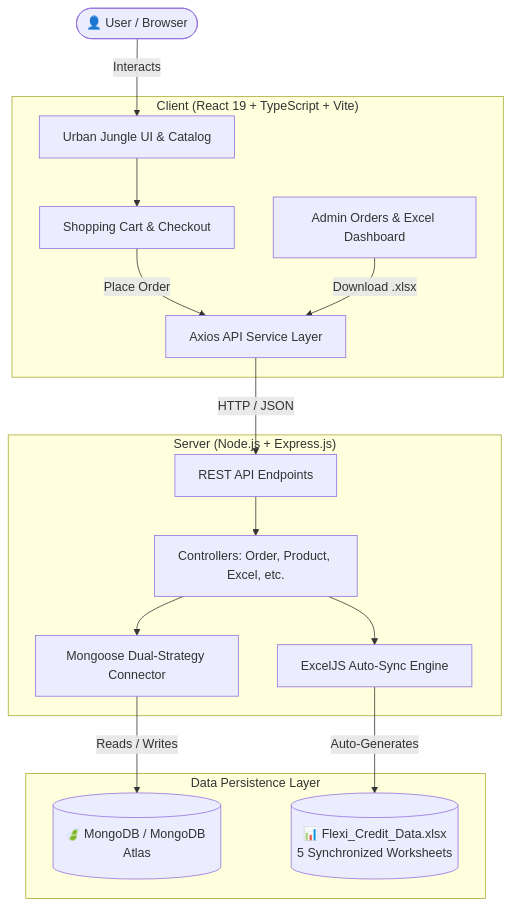
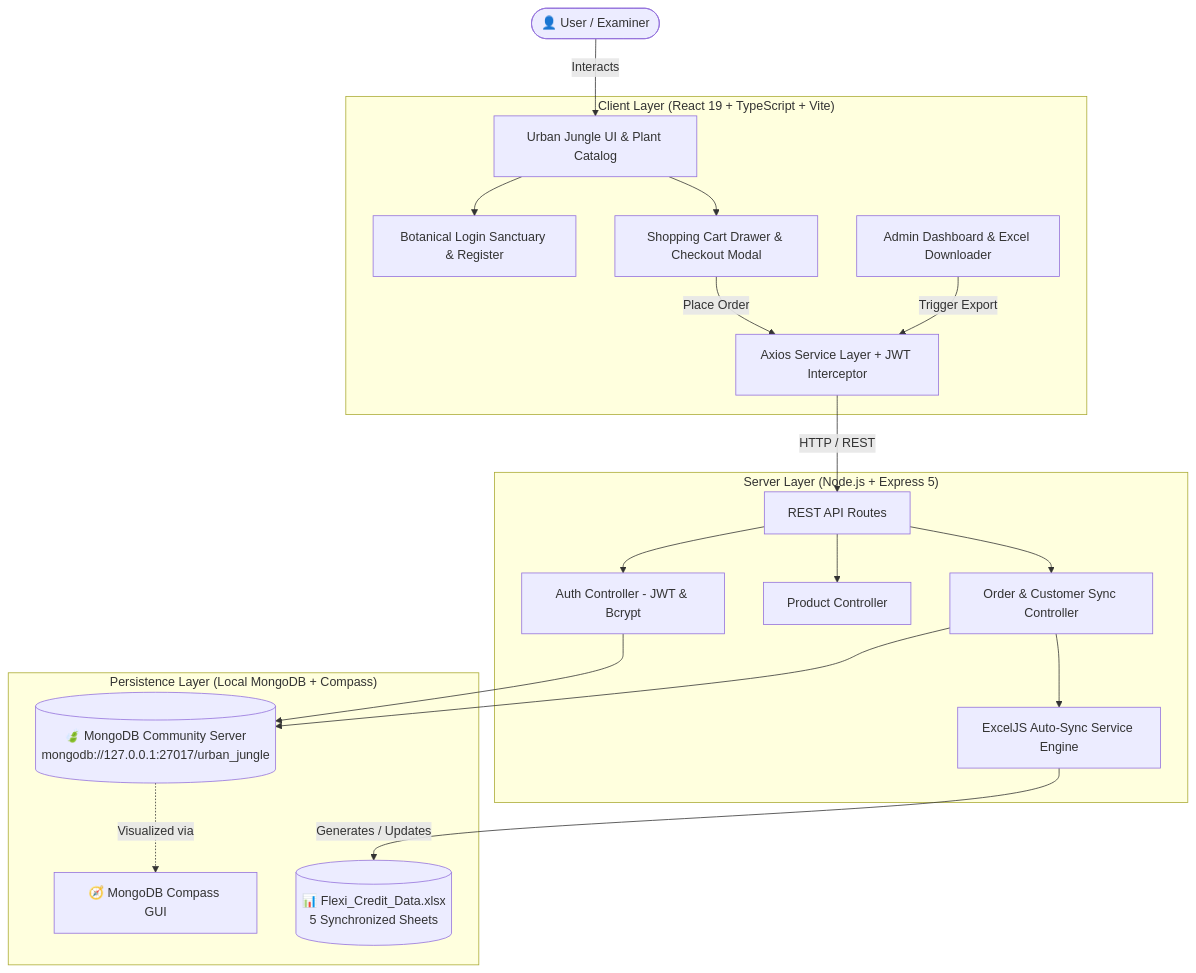
The diagram in README.md (Sameerkaradbhajne/25070521291-CA-03), drawn with Mermaid before and after one commit. The commit also changed other lines of this file and 7 other files, not shown here.

Commit message:
feat(backend): complete local MongoDB integration, customer sync, and submission documentation

````diff
--- a/README.md
+++ b/README.md
@@ -36,34 +80,41 @@
 ```mermaid
 graph TD
-    User([👤 User / Browser])
+    User([👤 User / Examiner])
     
-    subgraph Client ["Client (React 19 + TypeScript + Vite)"]
-        UI[Urban Jungle UI & Catalog]
-        Cart[Shopping Cart & Checkout]
-        AdminUI[Admin Orders & Excel Dashboard]
-        APIService[Axios API Service Layer]
+    subgraph Client ["Client Layer (React 19 + TypeScript + Vite)"]
+        UI[Urban Jungle UI & Plant Catalog]
+        AuthUI[Botanical Login Sanctuary & Register]
+        Cart[Shopping Cart Drawer & Checkout Modal]
+        AdminUI[Admin Dashboard & Excel Downloader]
+        APIService[Axios Service Layer + JWT Interceptor]
     end
 
-    subgraph Server ["Server (Node.js + Express.js)"]
-        Router[REST API Endpoints]
-        Controllers[Controllers: Order, Product, Excel, etc.]
-        ExcelEngine[ExcelJS Auto-Sync Engine]
-        DBHandler[Mongoose Dual-Strategy Connector]
+    subgraph Server ["Server Layer (Node.js + Express 5)"]
+        Router[REST API Routes]
+        AuthCtrl[Auth Controller - JWT & Bcrypt]
+        OrderCtrl[Order & Customer Sync Controller]
+        ProdCtrl[Product Controller]
+        ExcelEngine[ExcelJS Auto-Sync Service Engine]
     end
 
-    subgraph Storage ["Data Persistence Layer"]
-        MongoDB[(🍃 MongoDB / MongoDB Atlas)]
-        ExcelFile[("📊 Flexi_Credit_Data.xlsx<br/>5 Synchronized Worksheets")]
+    subgraph Database ["Persistence Layer (Local MongoDB + Compass)"]
+        MongoDB[(🍃 MongoDB Community Server<br/>mongodb://127.0.0.1:27017/urban_jungle)]
+        Compass[🧭 MongoDB Compass GUI]
+        ExcelFile[("📊 Flexi_Credit_Data.xlsx<br/>5 Synchronized Sheets")]
     end
 
     User -->|Interacts| UI
+    UI --> AuthUI
     UI --> Cart
+    AdminUI -->|Trigger Export| APIService
     Cart -->|Place Order| APIService
-    AdminUI -->|Download .xlsx| APIService
-    APIService -->|HTTP / JSON| Router
-    Router --> Controllers
-    Controllers --> DBHandler
-    Controllers --> ExcelEngine
-    DBHandler -->|Reads / Writes| MongoDB
-    ExcelEngine -->|Auto-Generates| ExcelFile
+    APIService -->|HTTP / REST| Router
+    Router --> AuthCtrl
+    Router --> ProdCtrl
+    Router --> OrderCtrl
+    OrderCtrl --> MongoDB
+    AuthCtrl --> MongoDB
+    OrderCtrl --> ExcelEngine
+    ExcelEngine -->|Generates / Updates| ExcelFile
+    MongoDB -.->|Visualized via| Compass
 ```
````
